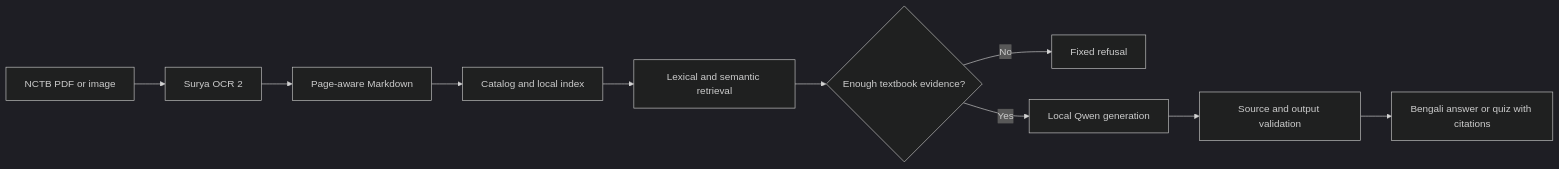
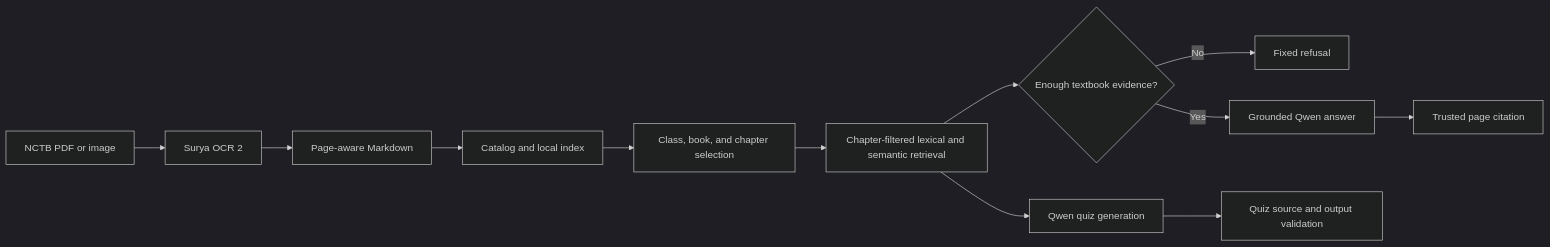
Before and after one commit to ashad-abir/Bangla-Notebook-LLM: the diagram in README.md, drawn with Mermaid (dark theme). The commit also changed other lines of this file and 29 other files, not shown here.

Commit message:
Add chapter-scoped textbook retrieval

````diff
--- a/README.md
+++ b/README.md
@@ -20,12 +22,14 @@
 ```mermaid
 flowchart LR
     A[NCTB PDF or image] --> B[Surya OCR 2]
     B --> C[Page-aware Markdown]
     C --> D[Catalog and local index]
-    D --> E[Lexical and semantic retrieval]
-    E --> F{Enough textbook evidence?}
-    F -- No --> G[Fixed refusal]
-    F -- Yes --> H[Local Qwen generation]
-    H --> I[Source and output validation]
-    I --> J[Bengali answer or quiz with citations]
+    D --> E[Class, book, and chapter selection]
+    E --> F[Chapter-filtered lexical and semantic retrieval]
+    F --> G{Enough textbook evidence?}
+    G -- No --> H[Fixed refusal]
+    G -- Yes --> I[Grounded Qwen answer]
+    I --> J[Trusted page citation]
+    F --> K[Qwen quiz generation]
+    K --> L[Quiz source and output validation]
 ```
````
